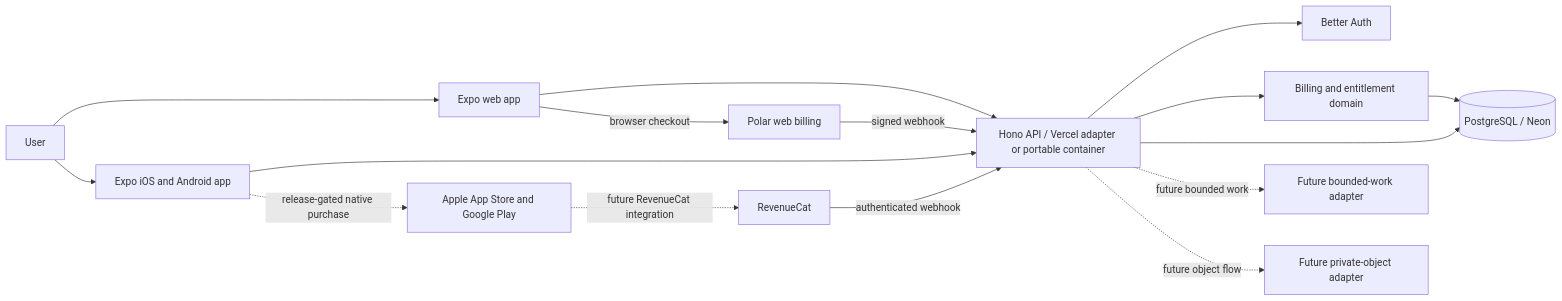
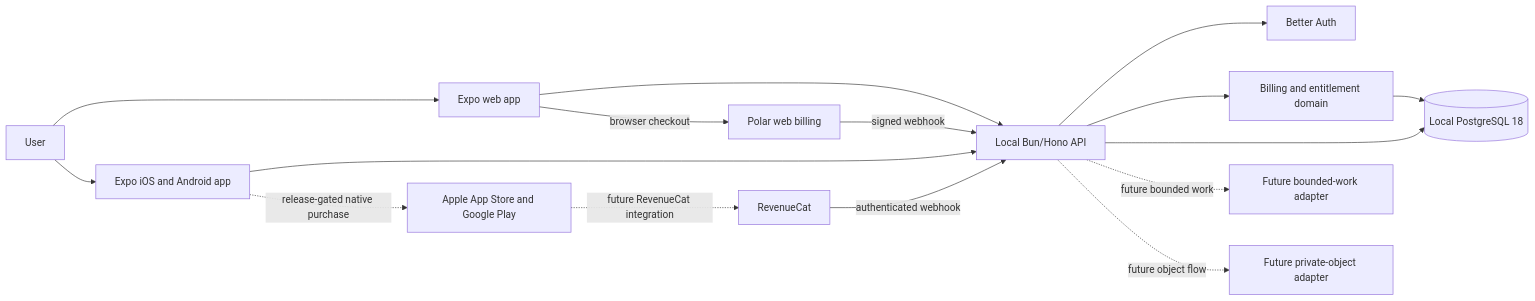
One commit to Eclalune-BTC/pisto-app changed the diagram in docs/architecture.md. Above: the diagram before and after it, drawn with Mermaid. The commit also changed other lines of this file and 12 other files, not shown here.

````diff
--- a/docs/architecture.md
+++ b/docs/architecture.md
@@ -12,31 +12,31 @@
 ```mermaid
 flowchart LR
   User[User]
   Web[Expo web app]
   Native[Expo iOS and Android app]
-  API[Hono API / Vercel adapter or portable container]
+  API[Local Bun/Hono API]
   Auth[Better Auth]
   Billing[Billing and entitlement domain]
-  DB[(PostgreSQL / Neon)]
+  DB[(Local PostgreSQL 18)]
   Polar[Polar web billing]
   Stores[Apple App Store and Google Play]
   RC[RevenueCat]
   Tasks[Future bounded-work adapter]
   Storage[Future private-object adapter]
 
   User --> Web
   User --> Native
   Web --> API
   Native --> API
   API --> Auth
   API --> Billing
   API --> DB
   Billing --> DB
   Web -->|browser checkout| Polar
   Polar -->|signed webhook| API
   Native -. release-gated native purchase .-> Stores
   Stores -. future RevenueCat integration .-> RC
   RC -->|authenticated webhook| API
   API -. future bounded work .-> Tasks
   API -. future object flow .-> Storage
 ```
````
